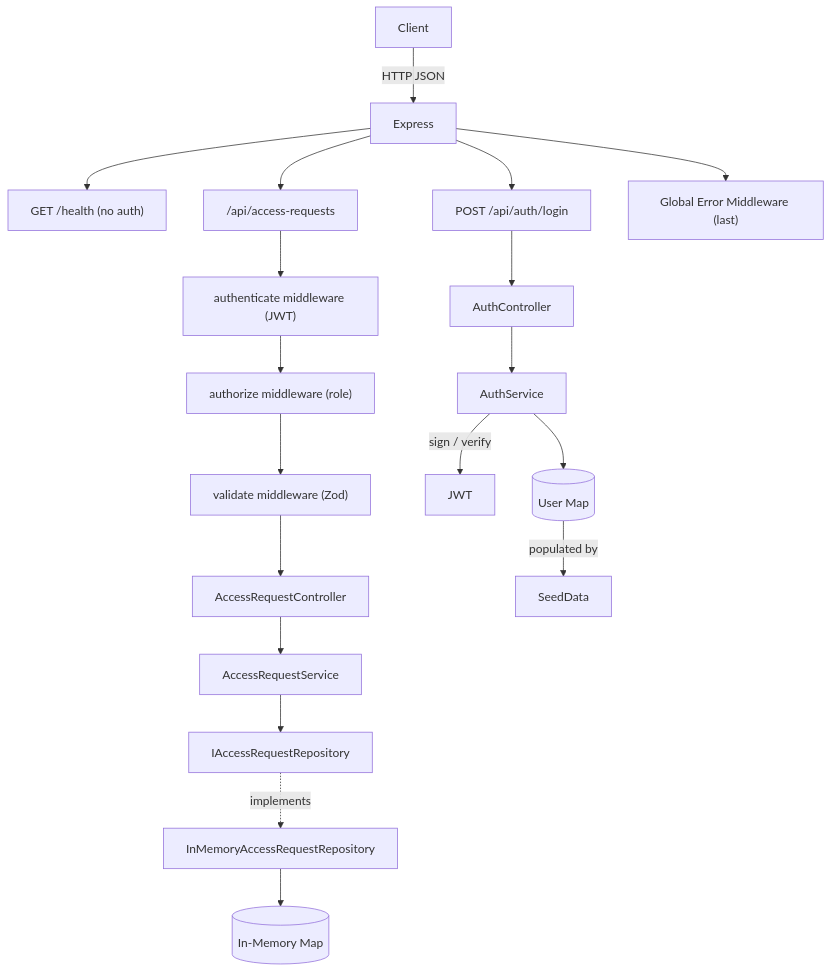
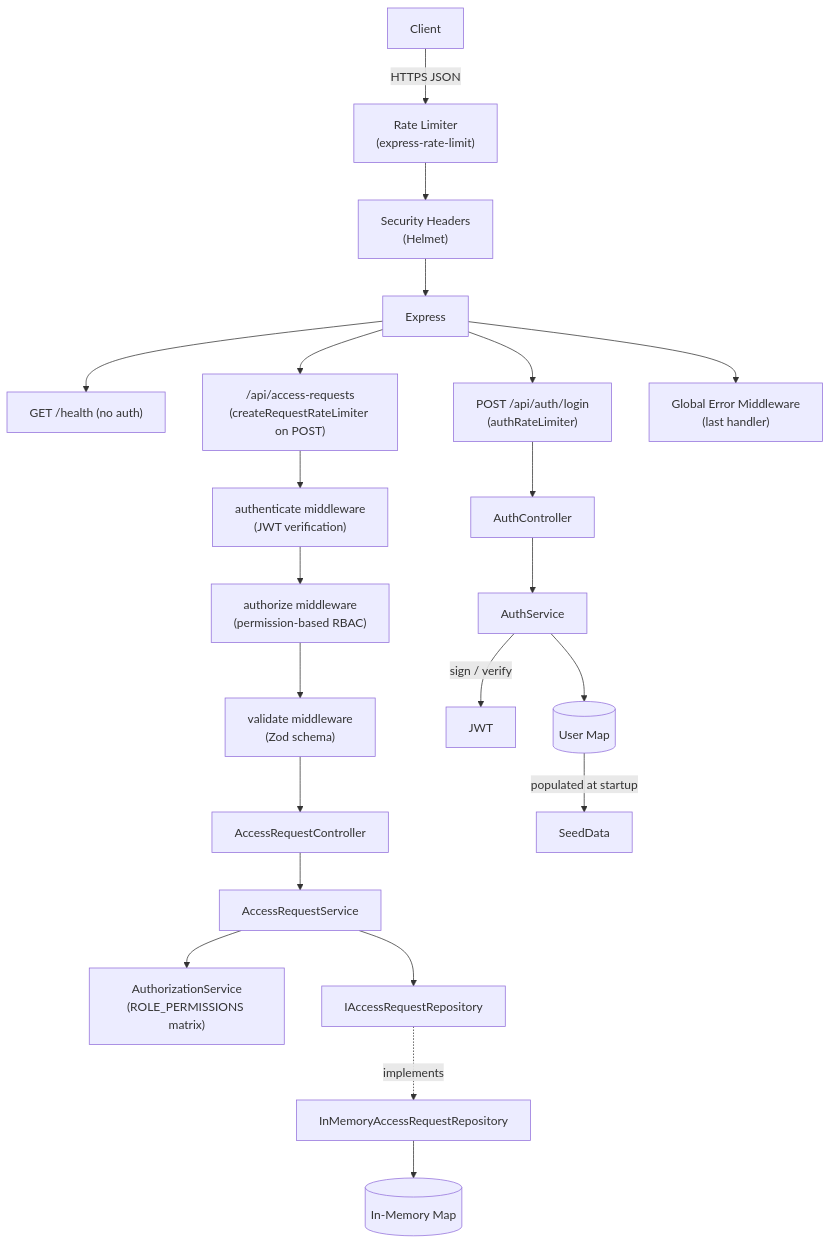
The diagram in README.md (Noy-Meir/monday-access-service), drawn with Mermaid before and after one commit. The commit also changed other lines of this file, not shown here.

````diff
--- a/README.md
+++ b/README.md
@@ -10,27 +10,30 @@
 ```mermaid
 graph TD
-    Client -->|HTTP JSON| Express
+    Client -->|HTTPS JSON| RateLimit["Rate Limiter\n(express-rate-limit)"]
+    RateLimit --> Helmet["Security Headers\n(Helmet)"]
+    Helmet --> Express
 
     Express --> HealthCheck["GET /health (no auth)"]
-    Express --> AuthRouter["POST /api/auth/login"]
-    Express --> AccessRouter["/api/access-requests"]
+    Express --> AuthRouter["POST /api/auth/login\n(authRateLimiter)"]
+    Express --> AccessRouter["/api/access-requests\n(createRequestRateLimiter on POST)"]
 
     AuthRouter --> AuthController
     AuthController --> AuthService
 
-    AccessRouter --> authenticate["authenticate middleware (JWT)"]
-    authenticate --> authorize["authorize middleware (role)"]
-    authorize --> validate["validate middleware (Zod)"]
+    AccessRouter --> authenticate["authenticate middleware\n(JWT verification)"]
+    authenticate --> authorize["authorize middleware\n(permission-based RBAC)"]
+    authorize --> validate["validate middleware\n(Zod schema)"]
     validate --> AccessRequestController
 
     AccessRequestController --> AccessRequestService
+    AccessRequestService --> AuthorizationService["AuthorizationService\n(ROLE_PERMISSIONS matrix)"]
     AccessRequestService --> IAccessRequestRepository
     IAccessRequestRepository -.->|implements| InMemoryAccessRequestRepository
     InMemoryAccessRequestRepository --> Store[(In-Memory Map)]
 
     AuthService -->|sign / verify| JWT
     AuthService --> UserMap[(User Map)]
-    UserMap -->|populated by| SeedData
+    UserMap -->|populated at startup| SeedData
 
-    Express --> ErrorMiddleware["Global Error Middleware (last)"]
+    Express --> ErrorMiddleware["Global Error Middleware\n(last handler)"]
 ```
````
